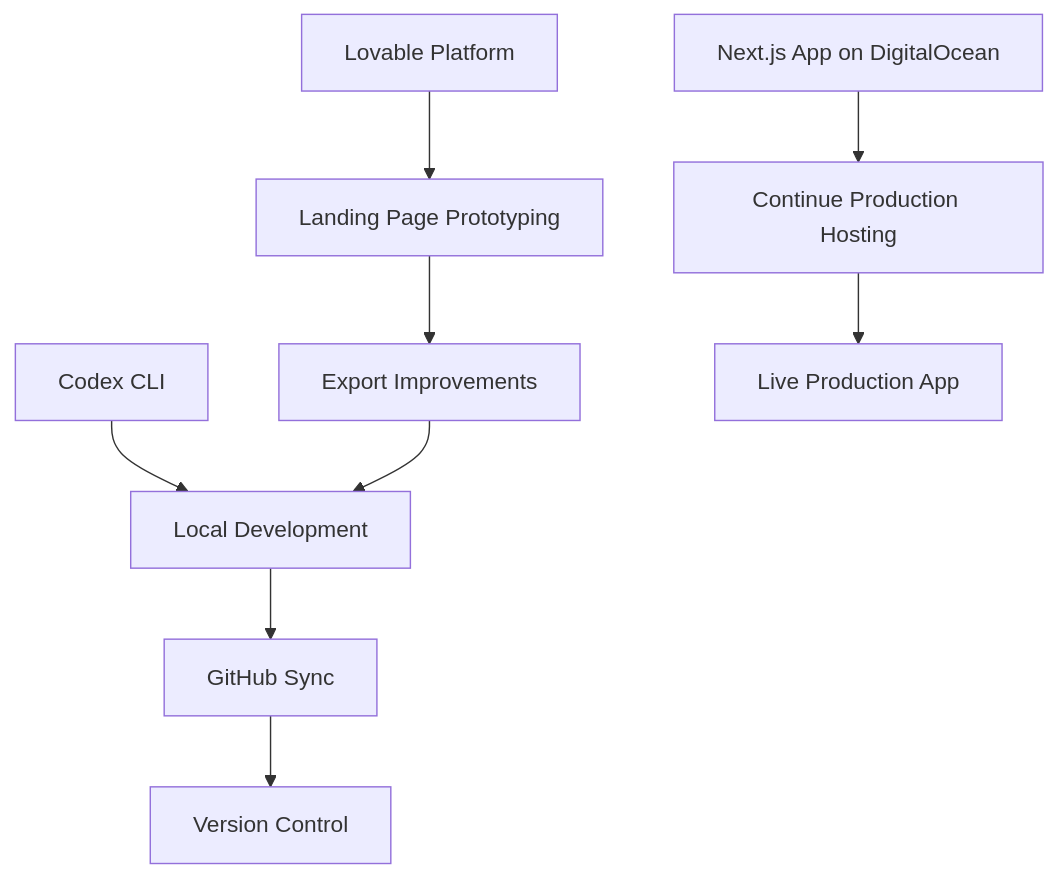
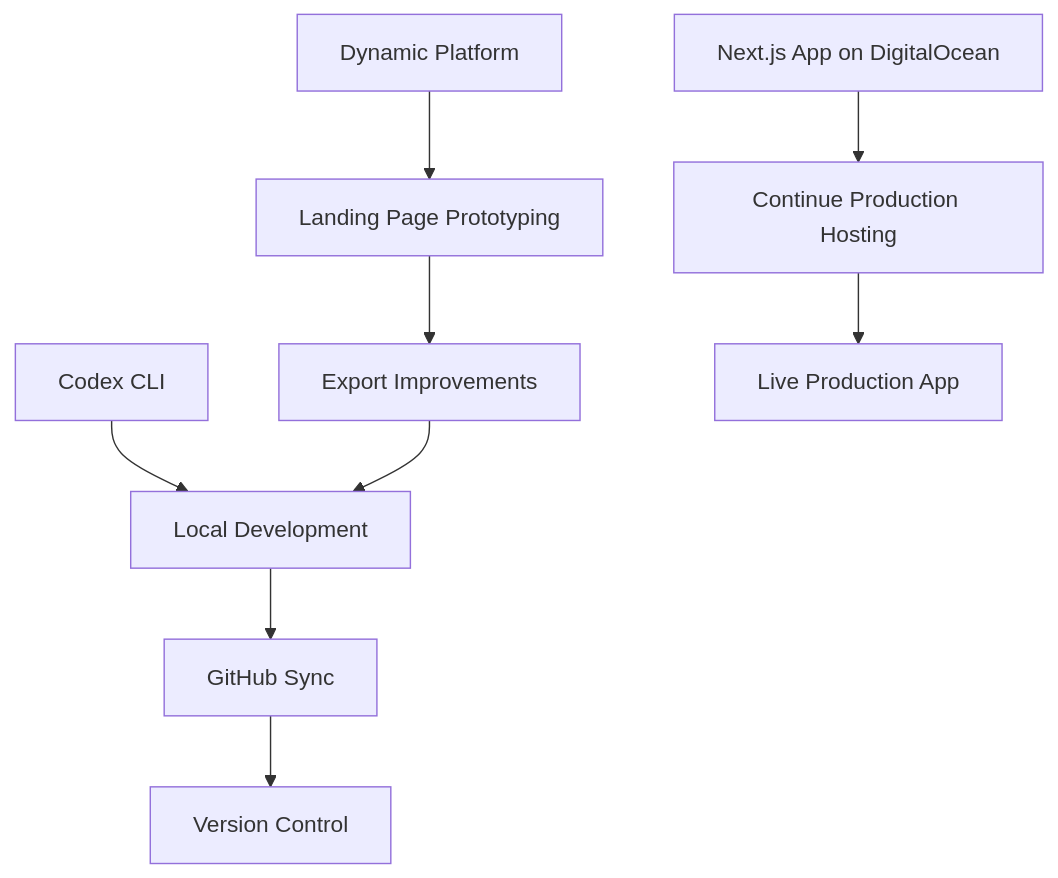
Before and after one commit to Dynamic-Capital/Dynamic-Capital: the diagram in docs/HYBRID_DEVELOPMENT_WORKFLOW.md, drawn with Mermaid. The commit also changed other lines of this file and 18 other files, not shown here.

````diff
--- a/docs/HYBRID_DEVELOPMENT_WORKFLOW.md
+++ b/docs/HYBRID_DEVELOPMENT_WORKFLOW.md
@@ -7,11 +7,11 @@
 ```mermaid
 graph TD
     A[Next.js App on DigitalOcean] --> B[Continue Production Hosting]
-    C[Lovable Platform] --> D[Landing Page Prototyping]
+    C[Dynamic Platform] --> D[Landing Page Prototyping]
     E[Codex CLI] --> F[Local Development]
     G[GitHub Sync] --> H[Version Control]
     D --> I[Export Improvements]
     I --> F
     F --> G
     B --> J[Live Production App]
 ```
````
